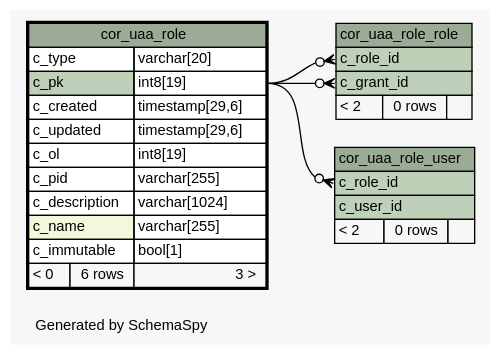
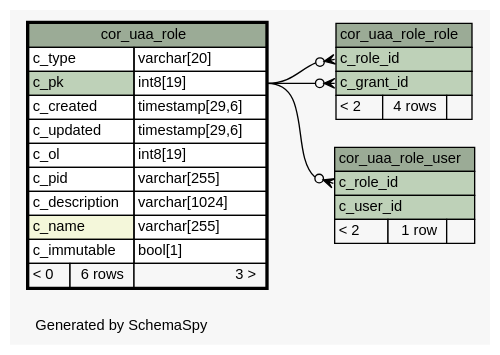
The diagram in 1.1.0-SNAPSHOT/schemaspy/diagrams/cor_uaa_role.1degree.dot (openwms/org.openwms.core.uaa), drawn with Graphviz before and after one commit. The commit also changed 230 other files, not shown here.

```diff
--- a/1.1.0-SNAPSHOT/schemaspy/diagrams/cor_uaa_role.1degree.dot
+++ b/1.1.0-SNAPSHOT/schemaspy/diagrams/cor_uaa_role.1degree.dot
@@ -1,65 +1,65 @@
 // dot 2.43.0 on Linux 5.8.0-1033-azure
 // SchemaSpy rev Unknown
 digraph "oneDegreeRelationshipsDiagram" {
   graph [
     rankdir="RL"
     bgcolor="#f7f7f7"
     label="\nGenerated by SchemaSpy"
     labeljust="l"
     nodesep="0.18"
     ranksep="0.46"
     fontname="Helvetica"
     fontsize="11"
   ];
   node [
     fontname="Helvetica"
     fontsize="11"
     shape="plaintext"
   ];
   edge [
     arrowsize="0.8"
   ];
   "cor_uaa_role_role":"c_grant_id":w -> "cor_uaa_role":"c_pk.type":e [arrowhead=none dir=back arrowtail=crowodot];
   "cor_uaa_role_role":"c_role_id":w -> "cor_uaa_role":"c_pk.type":e [arrowhead=none dir=back arrowtail=crowodot];
   "cor_uaa_role_user":"c_role_id":w -> "cor_uaa_role":"c_pk.type":e [arrowhead=none dir=back arrowtail=crowodot];
   "cor_uaa_role" [
     label=<
     <TABLE BORDER="2" CELLBORDER="1" CELLSPACING="0" BGCOLOR="#ffffff">
       <TR><TD COLSPAN="3" BGCOLOR="#9bab96" ALIGN="CENTER">cor_uaa_role</TD></TR>
       <TR><TD PORT="c_type" COLSPAN="2" ALIGN="LEFT">c_type</TD><TD PORT="c_type.type" ALIGN="LEFT">varchar[20]</TD></TR>
       <TR><TD PORT="c_pk" COLSPAN="2" BGCOLOR="#bed1b8" ALIGN="LEFT">c_pk</TD><TD PORT="c_pk.type" ALIGN="LEFT">int8[19]</TD></TR>
       <TR><TD PORT="c_created" COLSPAN="2" ALIGN="LEFT">c_created</TD><TD PORT="c_created.type" ALIGN="LEFT">timestamp[29,6]</TD></TR>
       <TR><TD PORT="c_updated" COLSPAN="2" ALIGN="LEFT">c_updated</TD><TD PORT="c_updated.type" ALIGN="LEFT">timestamp[29,6]</TD></TR>
       <TR><TD PORT="c_ol" COLSPAN="2" ALIGN="LEFT">c_ol</TD><TD PORT="c_ol.type" ALIGN="LEFT">int8[19]</TD></TR>
       <TR><TD PORT="c_pid" COLSPAN="2" ALIGN="LEFT">c_pid</TD><TD PORT="c_pid.type" ALIGN="LEFT">varchar[255]</TD></TR>
       <TR><TD PORT="c_description" COLSPAN="2" ALIGN="LEFT">c_description</TD><TD PORT="c_description.type" ALIGN="LEFT">varchar[1024]</TD></TR>
       <TR><TD PORT="c_name" COLSPAN="2" BGCOLOR="#f4f7da" ALIGN="LEFT">c_name</TD><TD PORT="c_name.type" ALIGN="LEFT">varchar[255]</TD></TR>
       <TR><TD PORT="c_immutable" COLSPAN="2" ALIGN="LEFT">c_immutable</TD><TD PORT="c_immutable.type" ALIGN="LEFT">bool[1]</TD></TR>
       <TR><TD ALIGN="LEFT" BGCOLOR="#f7f7f7">&lt; 0</TD><TD ALIGN="RIGHT" BGCOLOR="#f7f7f7">6 rows</TD><TD ALIGN="RIGHT" BGCOLOR="#f7f7f7">3 &gt;</TD></TR>
     </TABLE>>
     URL="cor_uaa_role.html"
     tooltip="cor_uaa_role"
   ];
   "cor_uaa_role_role" [
     label=<
     <TABLE BORDER="0" CELLBORDER="1" CELLSPACING="0" BGCOLOR="#ffffff">
       <TR><TD COLSPAN="3" BGCOLOR="#9bab96" ALIGN="CENTER">cor_uaa_role_role</TD></TR>
       <TR><TD PORT="c_role_id" COLSPAN="3" BGCOLOR="#bed1b8" ALIGN="LEFT">c_role_id</TD></TR>
       <TR><TD PORT="c_grant_id" COLSPAN="3" BGCOLOR="#bed1b8" ALIGN="LEFT">c_grant_id</TD></TR>
-      <TR><TD ALIGN="LEFT" BGCOLOR="#f7f7f7">&lt; 2</TD><TD ALIGN="RIGHT" BGCOLOR="#f7f7f7">0 rows</TD><TD ALIGN="RIGHT" BGCOLOR="#f7f7f7">  </TD></TR>
+      <TR><TD ALIGN="LEFT" BGCOLOR="#f7f7f7">&lt; 2</TD><TD ALIGN="RIGHT" BGCOLOR="#f7f7f7">4 rows</TD><TD ALIGN="RIGHT" BGCOLOR="#f7f7f7">  </TD></TR>
     </TABLE>>
     URL="cor_uaa_role_role.html"
     tooltip="cor_uaa_role_role"
   ];
   "cor_uaa_role_user" [
     label=<
     <TABLE BORDER="0" CELLBORDER="1" CELLSPACING="0" BGCOLOR="#ffffff">
       <TR><TD COLSPAN="3" BGCOLOR="#9bab96" ALIGN="CENTER">cor_uaa_role_user</TD></TR>
       <TR><TD PORT="c_role_id" COLSPAN="3" BGCOLOR="#bed1b8" ALIGN="LEFT">c_role_id</TD></TR>
       <TR><TD PORT="c_user_id" COLSPAN="3" BGCOLOR="#bed1b8" ALIGN="LEFT">c_user_id</TD></TR>
-      <TR><TD ALIGN="LEFT" BGCOLOR="#f7f7f7">&lt; 2</TD><TD ALIGN="RIGHT" BGCOLOR="#f7f7f7">0 rows</TD><TD ALIGN="RIGHT" BGCOLOR="#f7f7f7">  </TD></TR>
+      <TR><TD ALIGN="LEFT" BGCOLOR="#f7f7f7">&lt; 2</TD><TD ALIGN="RIGHT" BGCOLOR="#f7f7f7">1 row</TD><TD ALIGN="RIGHT" BGCOLOR="#f7f7f7">  </TD></TR>
     </TABLE>>
     URL="cor_uaa_role_user.html"
     tooltip="cor_uaa_role_user"
   ];
 }
```
